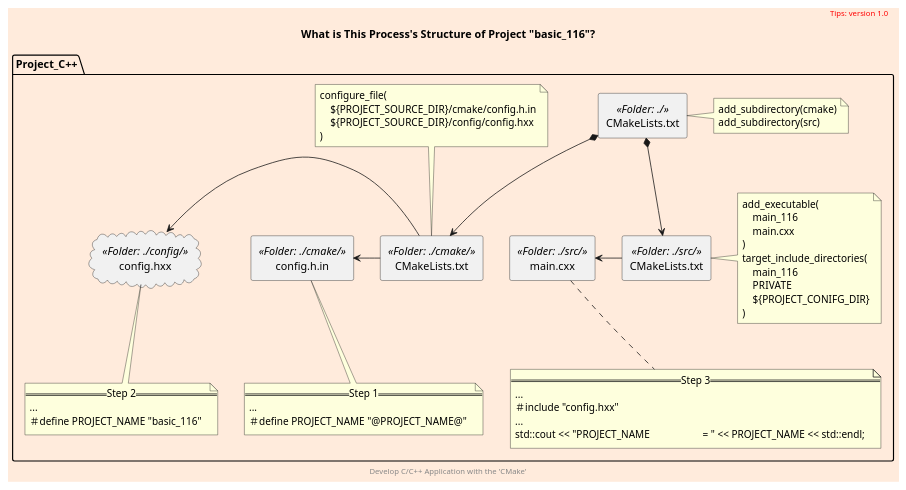
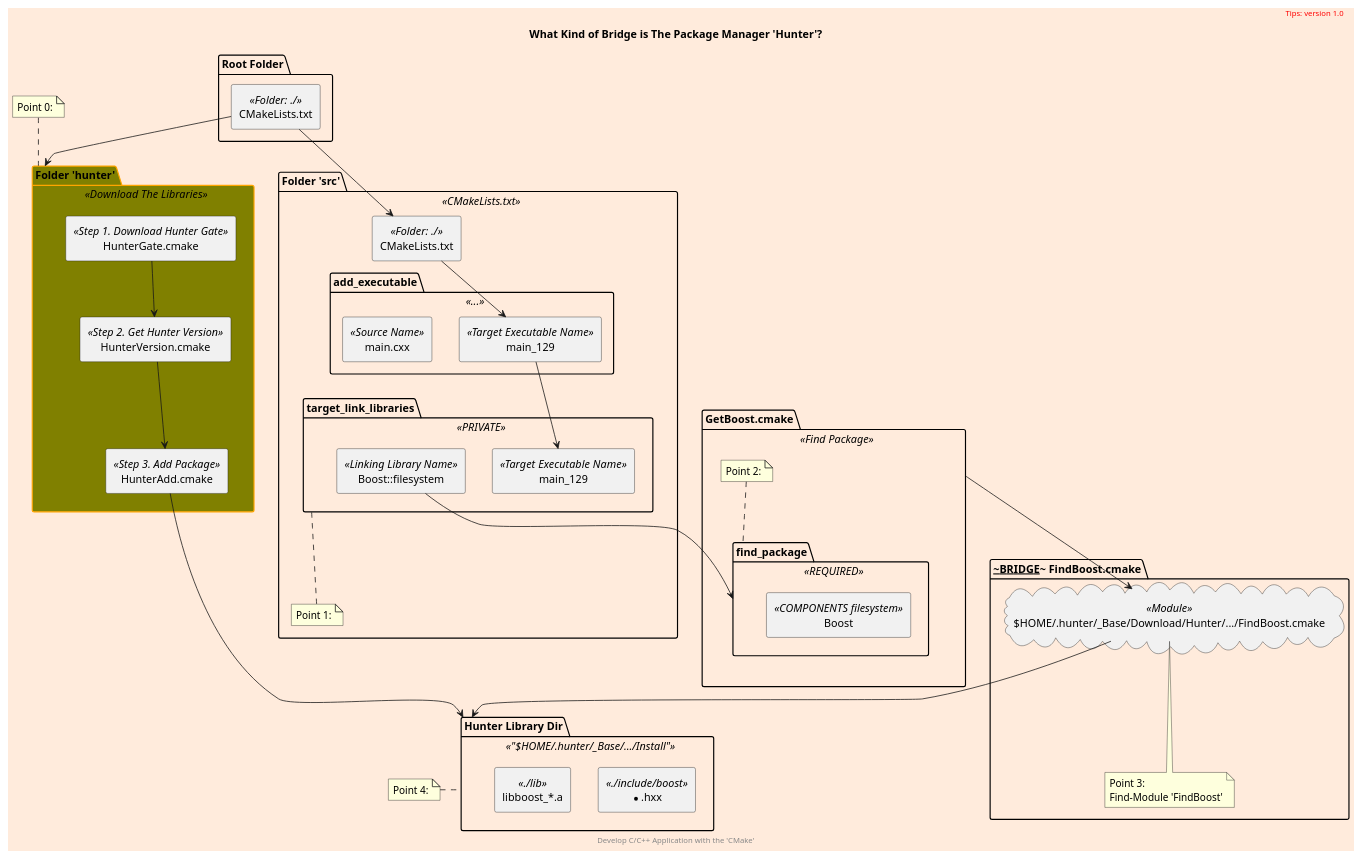
Before and after one commit to cnruby/w3h1_cmake: the diagram in docs/what-process.puml, drawn with PlantUML. The commit also changed 31 other files, not shown here.

```diff
--- a/docs/what-process.puml
+++ b/docs/what-process.puml
@@ -1,73 +1,96 @@
-@startuml
+@startuml what-process
 scale 700 width
 skinparam backgroundColor #FFEBDC
 scale 1
 
-package Project_C++ as project {
-    rectangle main.cxx <<Folder: ./src/>> as main
-    rectangle CMakeLists.txt <<Folder: ./>> as begin
-    rectangle CMakeLists.txt <<Folder: ./src/>> as src_list
-    rectangle config.h.in <<Folder: ./cmake/>> as config_h_in
-    rectangle CMakeLists.txt <<Folder: ./cmake/>> as cmake_list
-    cloud config.hxx <<Folder: ./config/>> as config_hxx
+skinparam Folder {
+  backgroundColor Olive
+  borderColor orange
+}
 
+'left to right direction
+package "Root Folder" as project_root {
+    rectangle "CMakeLists.txt" <<Folder: ./>> as begin
+}
 
-    note bottom of config_h_in
-        == Step 1 ==
-        ...
-        ＃define PROJECT_NAME "@PROJECT_NAME@"
-    endnote
-    note bottom of config_hxx
-        == Step 2 ==
-        ...
-        ＃define PROJECT_NAME "basic_116"
-    endnote
-    note bottom of main
-        == Step 3 ==
-        ...
-        ＃include "config.hxx"
-        ...
-        std::cout << "PROJECT_NAME \t\t\t= " << PROJECT_NAME << std::endl;
-    endnote
+Folder "Folder 'hunter'" <<Download The Libraries>> as project_hunter {
+    rectangle "HunterGate.cmake" <<Step 1. Download Hunter Gate>> as hunter_gate
+    rectangle "HunterVersion.cmake" <<Step 2. Get Hunter Version>> as hunter_version
+    rectangle "HunterAdd.cmake" <<Step 3. Add Package>> as hunter_add
 
+}
+note top of project_hunter
+    Point 0:
+endnote
 
-    note right of begin
-        add_subdirectory(cmake)
-        add_subdirectory(src)
-    endnote
-    note top of cmake_list
-        configure_file(
-            ${PROJECT_SOURCE_DIR}/cmake/config.h.in
-            ${PROJECT_SOURCE_DIR}/config/config.hxx
-        )
-    endnote
-    note right of src_list
-        add_executable(
-            main_116
-            main.cxx
-        )
-        target_include_directories(
-            main_116
-            PRIVATE
-            ${PROJECT_CONIFG_DIR}
-        )
+package "GetBoost.cmake" <<Find Package>> as get_boost {
+    package find_package <<REQUIRED>> as find_package {
+        rectangle Boost <<COMPONENTS filesystem>> as Boost
+    }
+    note top of find_package
+        Point 2:
     endnote
 }
 
-begin *--> src_list
-begin *--> cmake_list
-src_list -left-> main
-cmake_list -left-> config_h_in
-cmake_list -left-> config_hxx
+package "~~~BRIDGE~~~ FindBoost.cmake" as bridge {
+    cloud "$HOME/.hunter/_Base/Download/Hunter/.../FindBoost.cmake" <<Module>> as find_boost
+    note bottom of find_boost
+        Point 3:
+        Find-Module 'FindBoost'
+    endnote
+}
+
+
+package "Hunter Library Dir" <<"$HOME/.hunter/_Base/.../Install">> as hunter_library {
+    rectangle "*.hxx" <<./include/boost>> as hxx_boost
+    rectangle "libboost_*.a" <<./lib>> as lib_boost
+}
+note left of hunter_library
+    Point 4:
+endnote
+
+
+
+package "Folder 'src'" <<CMakeLists.txt>> as src_dir {
+    rectangle "CMakeLists.txt" <<Folder: ./>> as src_list
+    package add_executable <<...>> {
+        rectangle main_129 <<Target Executable Name>> as main_129
+        rectangle main.cxx <<Source Name>> as main_cxx
+    }
+    package target_link_libraries <<PRIVATE>> as target_link_libraries {
+        rectangle main_129 <<Target Executable Name>> as main_129_link
+        rectangle "Boost::filesystem" <<Linking Library Name>> as main_129_boost
+    }
+
+    src_list --> main_129
+    main_129 --> main_129_link
+
+    note bottom of target_link_libraries
+        Point 1:
+    endnote
+'}
+
+
+begin --> project_hunter
+begin --> src_list
+hunter_gate --> hunter_version
+hunter_version --> hunter_add
+
+hunter_add --> hunter_library
+'main_129_boost --> hunter_library
+
+get_boost --> find_boost
+main_129_boost --> find_package
+find_boost --> hunter_library
 
 title
-    What is This Process's Structure of Project "basic_116"?
+    What Kind of Bridge is The Package Manager 'Hunter'?
 end title
 
 header
 <font color=red>Tips: version 1.0</font>
 endheader
 
 center footer Develop C/C++ Application with the 'CMake'
 
 @enduml
```
